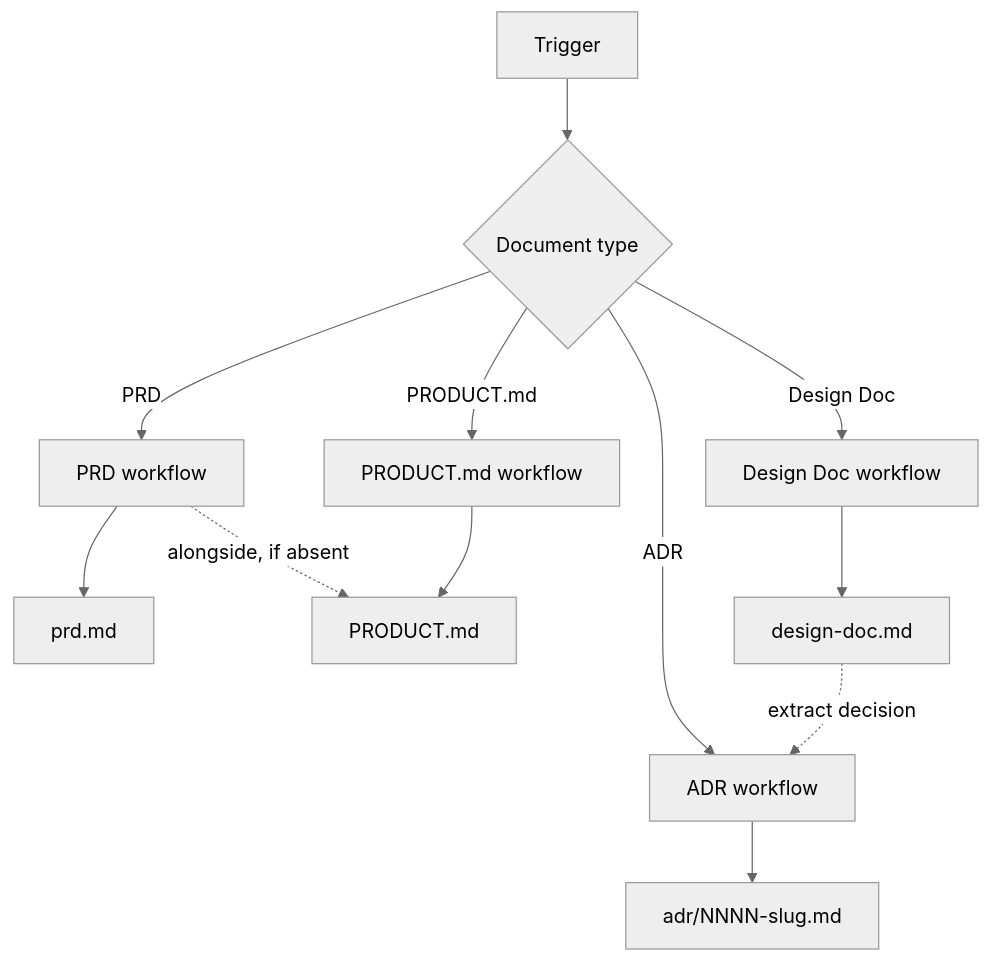
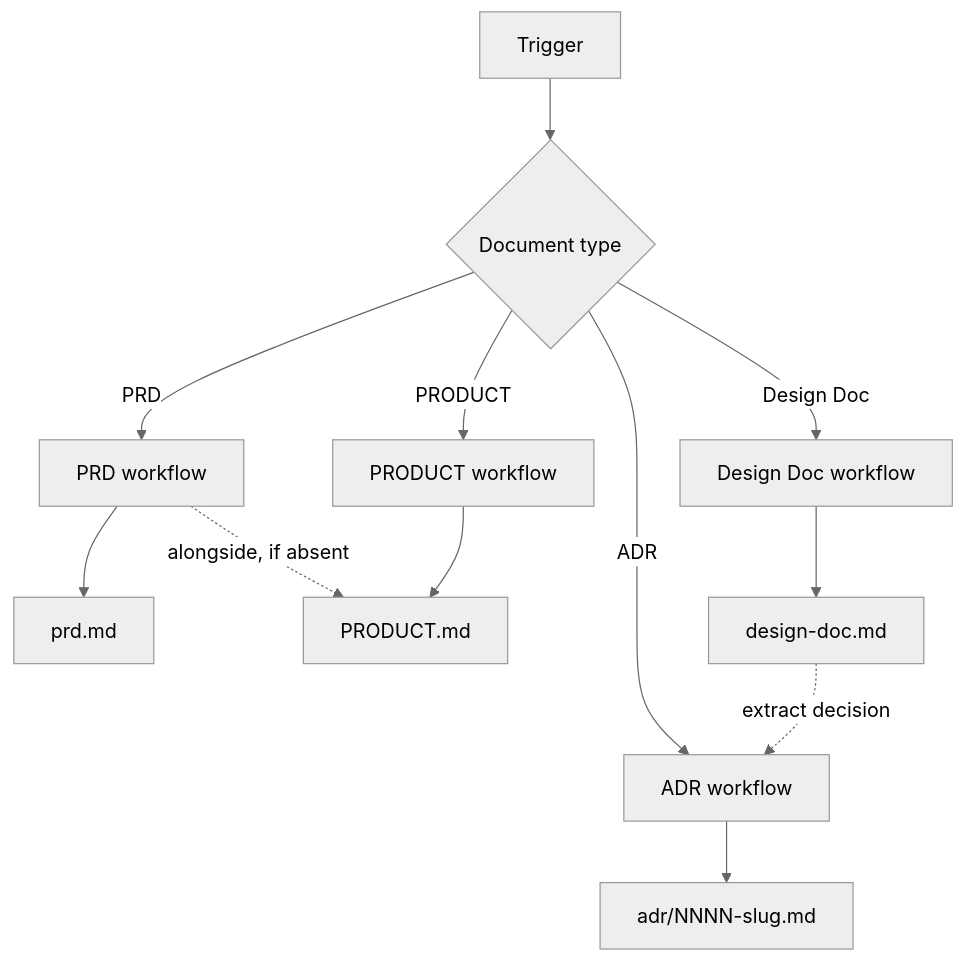
The diagram in skills/product/docs-writer/README.md (adeonir/agent-skills), drawn with Mermaid (neutral theme) before and after one commit. The commit also changed other lines of this file and 5 other files, not shown here.

````diff
--- a/skills/product/docs-writer/README.md
+++ b/skills/product/docs-writer/README.md
@@ -10,14 +10,14 @@
 ```mermaid
 flowchart TD
     T[Trigger] --> R{Document type}
     R -->|PRD| PRD[PRD workflow]
-    R -->|PRODUCT.md| PMW[PRODUCT.md workflow]
+    R -->|PRODUCT| PMW[PRODUCT workflow]
     R -->|Design Doc| DD[Design Doc workflow]
     R -->|ADR| ADR[ADR workflow]
     PRD --> P[prd.md]
     PRD -.->|alongside, if absent| PM[PRODUCT.md]
     PMW --> PM
     DD --> D[design-doc.md]
     ADR --> A[adr/NNNN-slug.md]
     D -.->|extract decision| ADR
 ```
````
